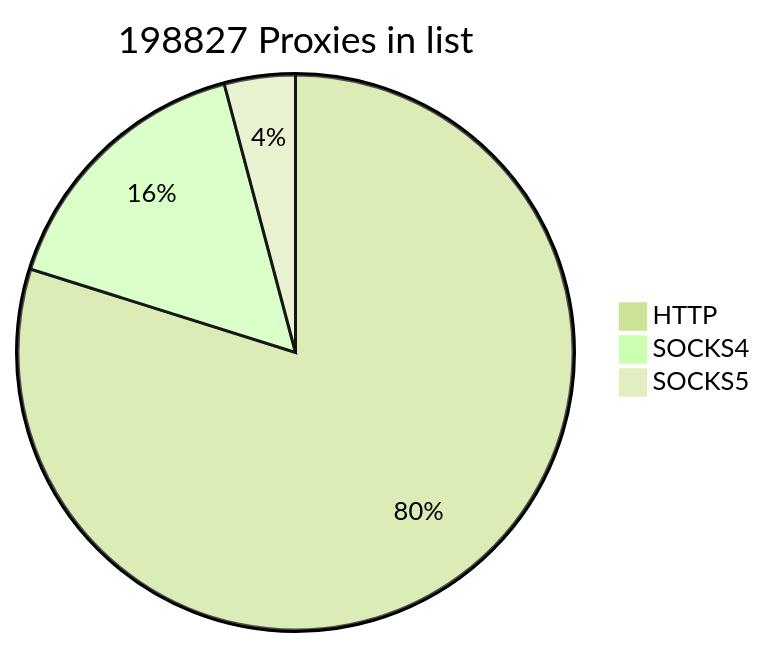
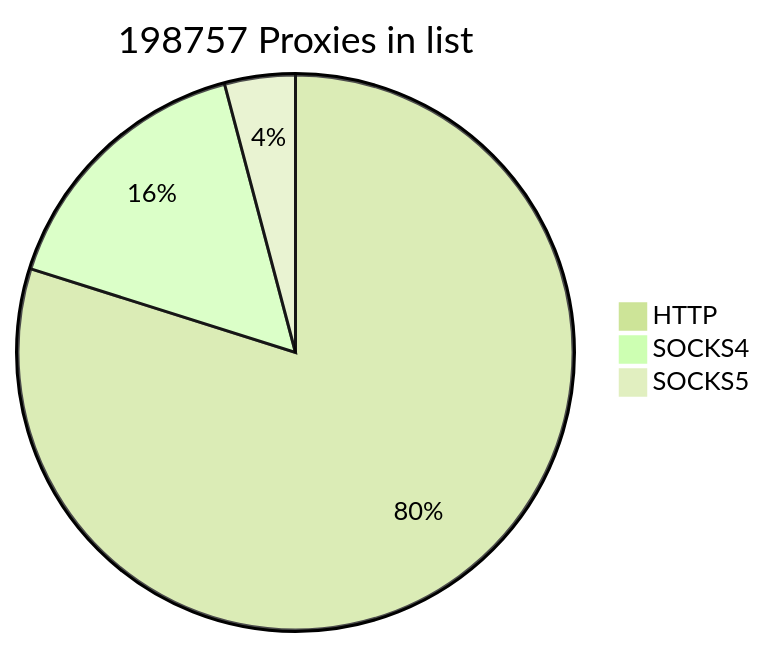
One commit to cutipu/proxylist changed the first of 2 diagrams in README.md. Above: the diagram before and after it, drawn with Mermaid (forest theme). The commit also changed other lines of this file, not shown here.

````diff
--- a/README.md
+++ b/README.md
@@ -2,7 +2,7 @@
 ```mermaid
-pie title 198827 Proxies in list
-    "HTTP" : 158774
-    "SOCKS4" : 31844
-    "SOCKS5" : 8209
+pie title 198757 Proxies in list
+    "HTTP" : 158756
+    "SOCKS4" : 31826
+    "SOCKS5" : 8175
             
 ```
````
